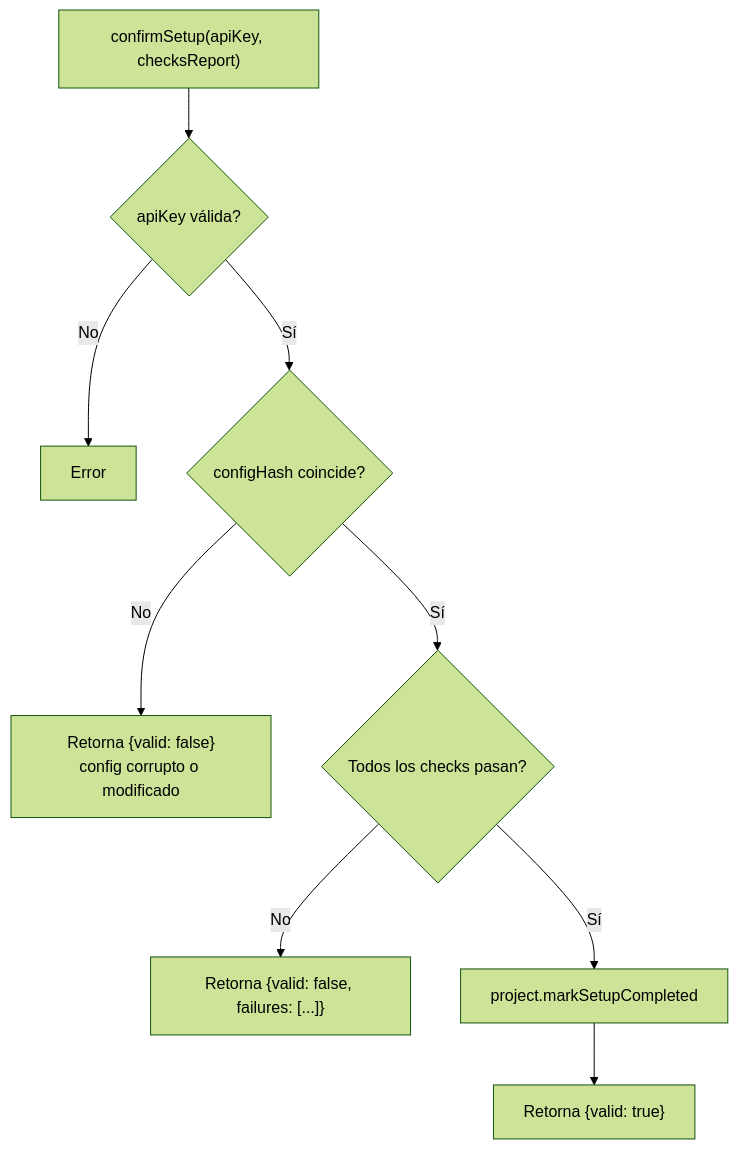
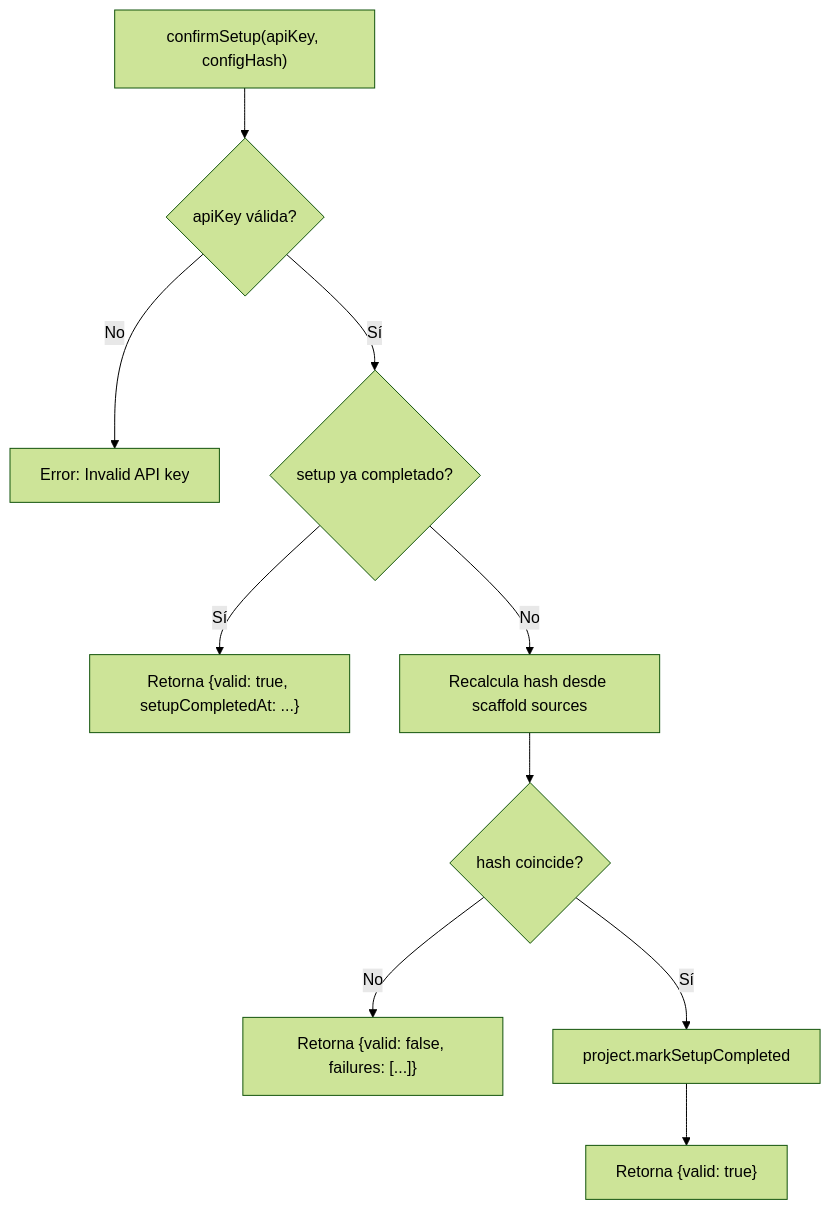
The third of 3 diagrams in docs/tools/setup-project.md (andressep95/memory-management-mcp), drawn with Mermaid (forest theme) before and after one commit. The commit also changed other lines of this file and 10 other files, not shown here.

````diff
--- a/docs/tools/setup-project.md
+++ b/docs/tools/setup-project.md
@@ -183,11 +169,12 @@
 ```mermaid
 flowchart TD
-    A["confirmSetup(apiKey, checksReport)"] --> B{apiKey válida?}
-    B -->|No| C[Error]
-    B -->|Sí| D{configHash coincide?}
-    D -->|No| E["Retorna {valid: false}<br/>config corrupto o modificado"]
-    D -->|Sí| F{Todos los checks pasan?}
-    F -->|No| G["Retorna {valid: false, failures: [...]}"]
-    F -->|Sí| H[project.markSetupCompleted]
-    H --> I["Retorna {valid: true}"]
+    A["confirmSetup(apiKey, configHash)"] --> B{apiKey válida?}
+    B -->|No| C[Error: Invalid API key]
+    B -->|Sí| D{setup ya completado?}
+    D -->|Sí| E["Retorna {valid: true, setupCompletedAt: ...}"]
+    D -->|No| F[Recalcula hash desde scaffold sources]
+    F --> G{hash coincide?}
+    G -->|No| H["Retorna {valid: false, failures: [...]}"]
+    G -->|Sí| I[project.markSetupCompleted]
+    I --> J["Retorna {valid: true}"]
 ```
````
